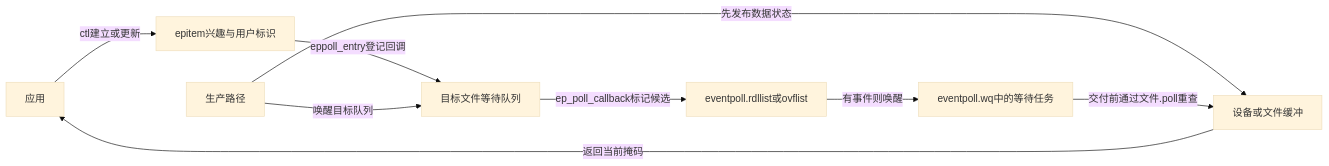
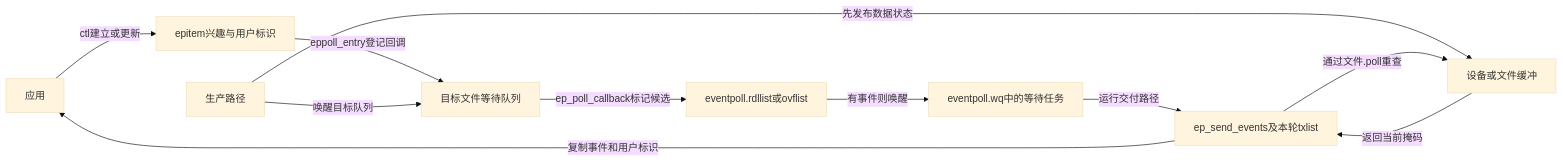
Before and after one commit to FormingSystem/linux_note: the first of 2 diagrams in knowledge/linux/io_model/blocking_io/P02_epoll持久登记与交付.md, drawn with Mermaid (base theme). The commit also changed other lines of this file and 5 other files, not shown here.

First line of the commit message:
content(linux/io): 修正就绪模型检查与epoll并行扫描图

````diff
--- a/knowledge/linux/io_model/blocking_io/P02_epoll持久登记与交付.md
+++ b/knowledge/linux/io_model/blocking_io/P02_epoll持久登记与交付.md
@@ -53,11 +53,13 @@
 ```mermaid
 flowchart LR
     A[应用] -->|ctl建立或更新| I[epitem兴趣与用户标识]
     I -->|eppoll_entry登记回调| Q[目标文件等待队列]
     P[生产路径] -->|先发布数据状态| B[设备或文件缓冲]
     P -->|唤醒目标队列| Q
     Q -->|ep_poll_callback标记候选| R[eventpoll.rdllist或ovflist]
     R -->|有事件则唤醒| W[eventpoll.wq中的等待任务]
-    W -->|交付前通过文件.poll重查| B
-    B -->|返回当前掩码| A
+    W -->|运行交付路径| S[ep_send_events及本轮txlist]
+    S -->|通过文件.poll重查| B
+    B -->|返回当前掩码| S
+    S -->|复制事件和用户标识| A
 ```
````
